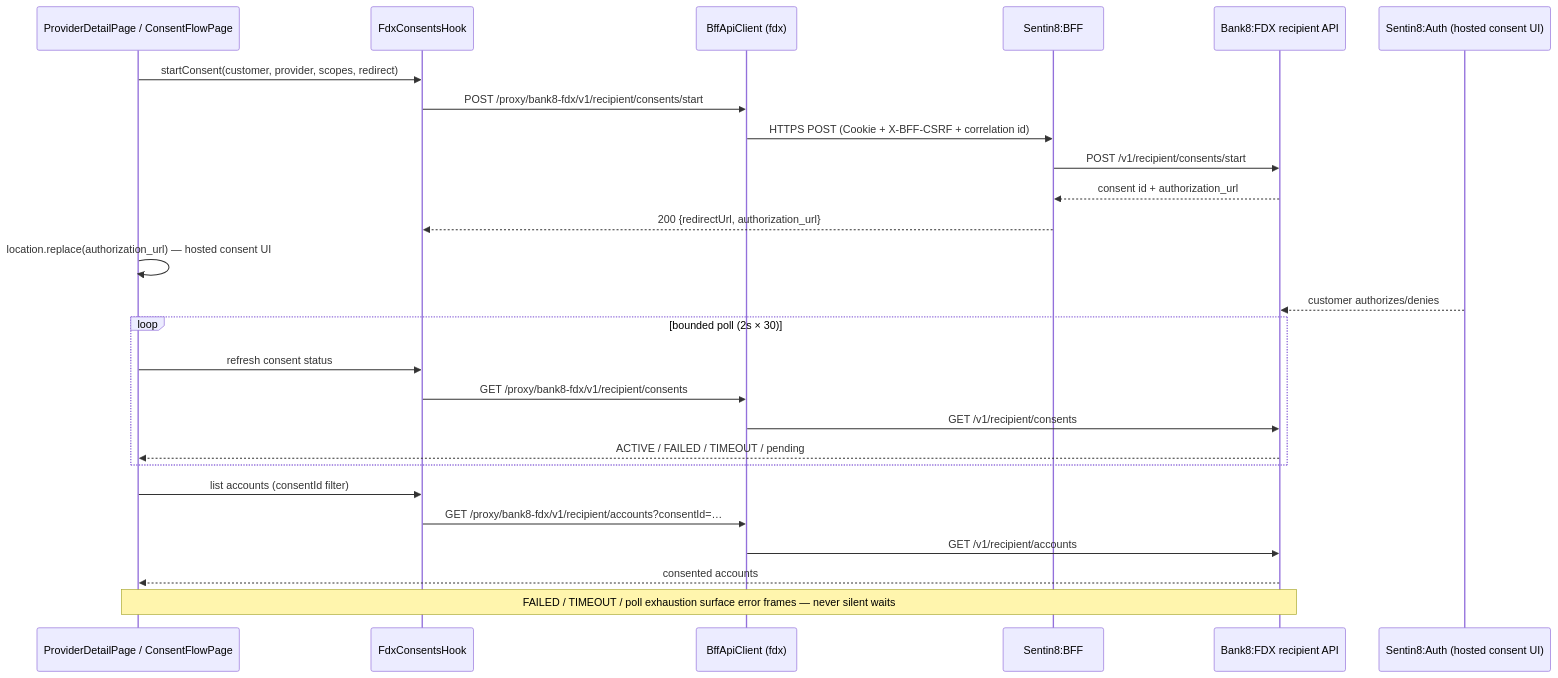
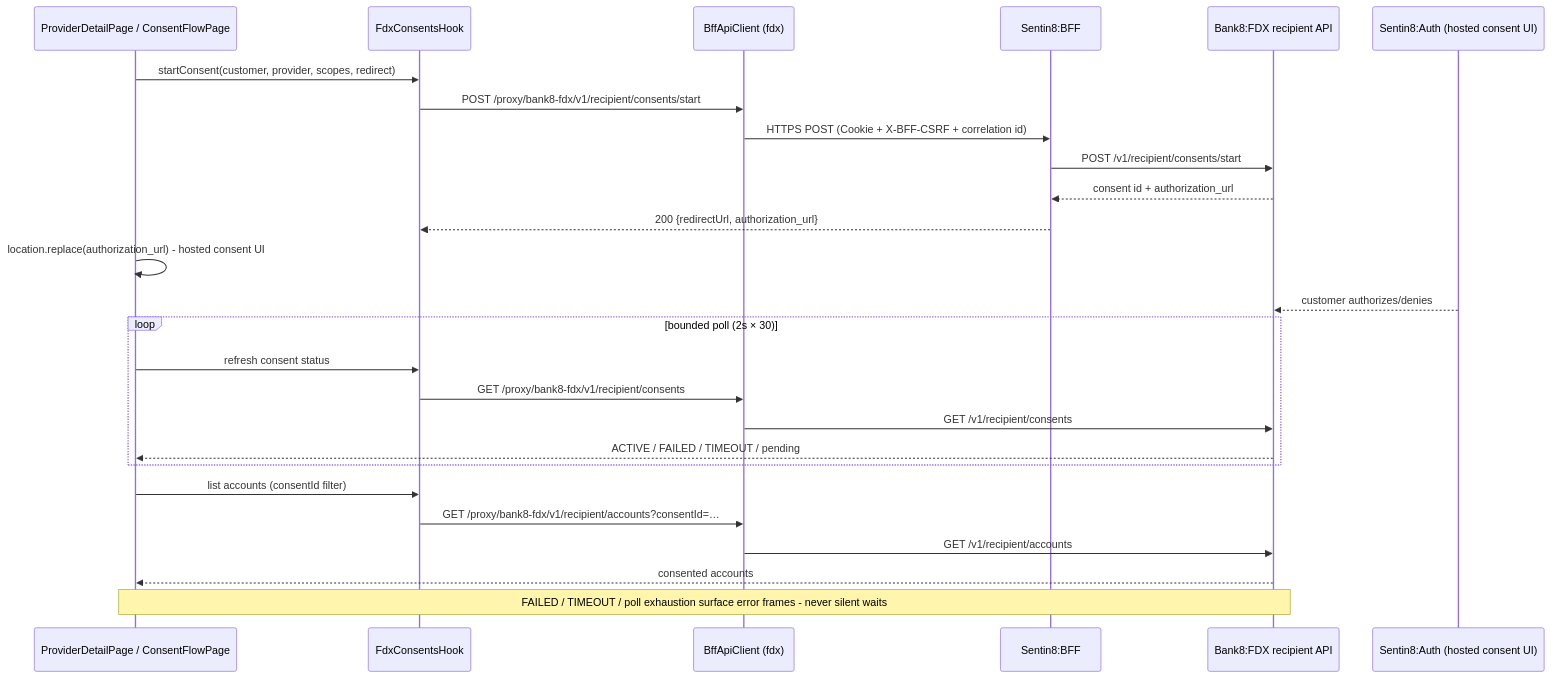
The third of 6 diagrams in docs/apps/efintech/design.md (Bank8-dev/bank8-site), drawn with Mermaid before and after one commit. The commit also changed other lines of this file and 53 other files, not shown here.

````diff
--- a/docs/apps/efintech/design.md
+++ b/docs/apps/efintech/design.md
@@ -58,28 +58,28 @@
 ```mermaid
 sequenceDiagram
     participant P as ProviderDetailPage / ConsentFlowPage
     participant H as FdxConsentsHook
     participant B as BffApiClient (fdx)
     participant F as Sentin8:BFF
     participant R as Bank8:FDX recipient API
     participant A as Sentin8:Auth (hosted consent UI)
     P->>H: startConsent(customer, provider, scopes, redirect)
     H->>B: POST /proxy/bank8-fdx/v1/recipient/consents/start
     B->>F: HTTPS POST (Cookie + X-BFF-CSRF + correlation id)
     F->>R: POST /v1/recipient/consents/start
     R-->>F: consent id + authorization_url
     F-->>H: 200 {redirectUrl, authorization_url}
-    P->>P: location.replace(authorization_url) — hosted consent UI
+    P->>P: location.replace(authorization_url) - hosted consent UI
     A-->>R: customer authorizes/denies
     loop bounded poll (2s × 30)
         P->>H: refresh consent status
         H->>B: GET /proxy/bank8-fdx/v1/recipient/consents
         B->>R: GET /v1/recipient/consents
         R-->>P: ACTIVE / FAILED / TIMEOUT / pending
     end
     P->>H: list accounts (consentId filter)
     H->>B: GET /proxy/bank8-fdx/v1/recipient/accounts?consentId=…
     B->>R: GET /v1/recipient/accounts
     R-->>P: consented accounts
-    note over P,R: FAILED / TIMEOUT / poll exhaustion surface error frames — never silent waits
+    note over P,R: FAILED / TIMEOUT / poll exhaustion surface error frames - never silent waits
 ```
````
